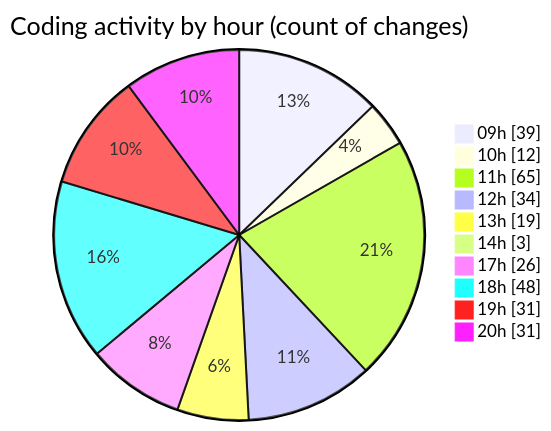
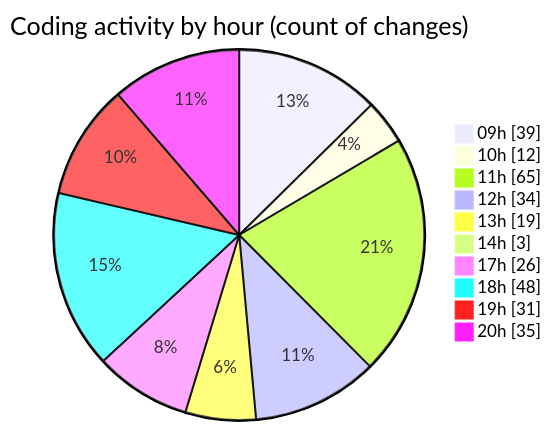
The second of 2 diagrams in 2025-03-04/cda/README.md (momahboobian/code-tracking), drawn with Mermaid before and after one commit. The commit also changed other lines of this file and 1 other file, not shown here.

````diff
--- a/2025-03-04/cda/README.md
+++ b/2025-03-04/cda/README.md
@@ -46,14 +46,14 @@
 ```mermaid
 pie showData
 title Coding activity by hour (count of changes)
 "09h" : 39
 "10h" : 12
 "11h" : 65
 "12h" : 34
 "13h" : 19
 "14h" : 3
 "17h" : 26
 "18h" : 48
 "19h" : 31
-"20h" : 31
+"20h" : 35
 ```
````
